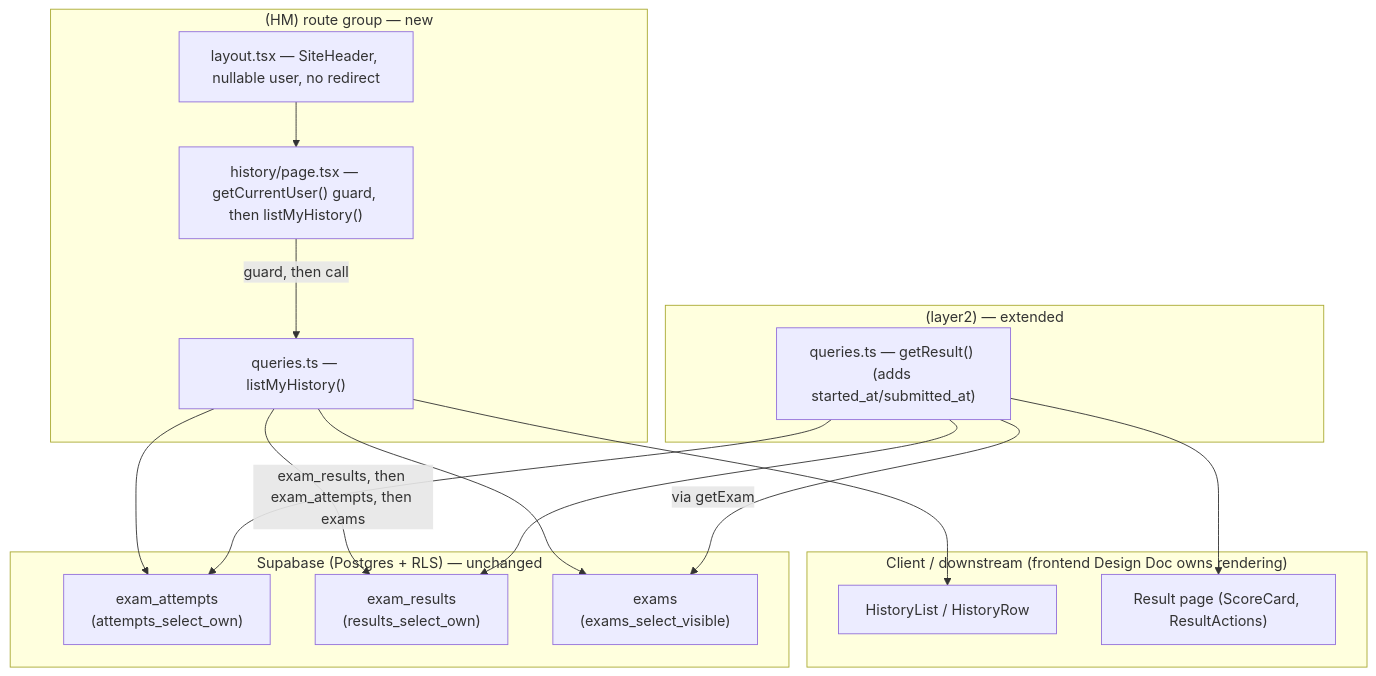
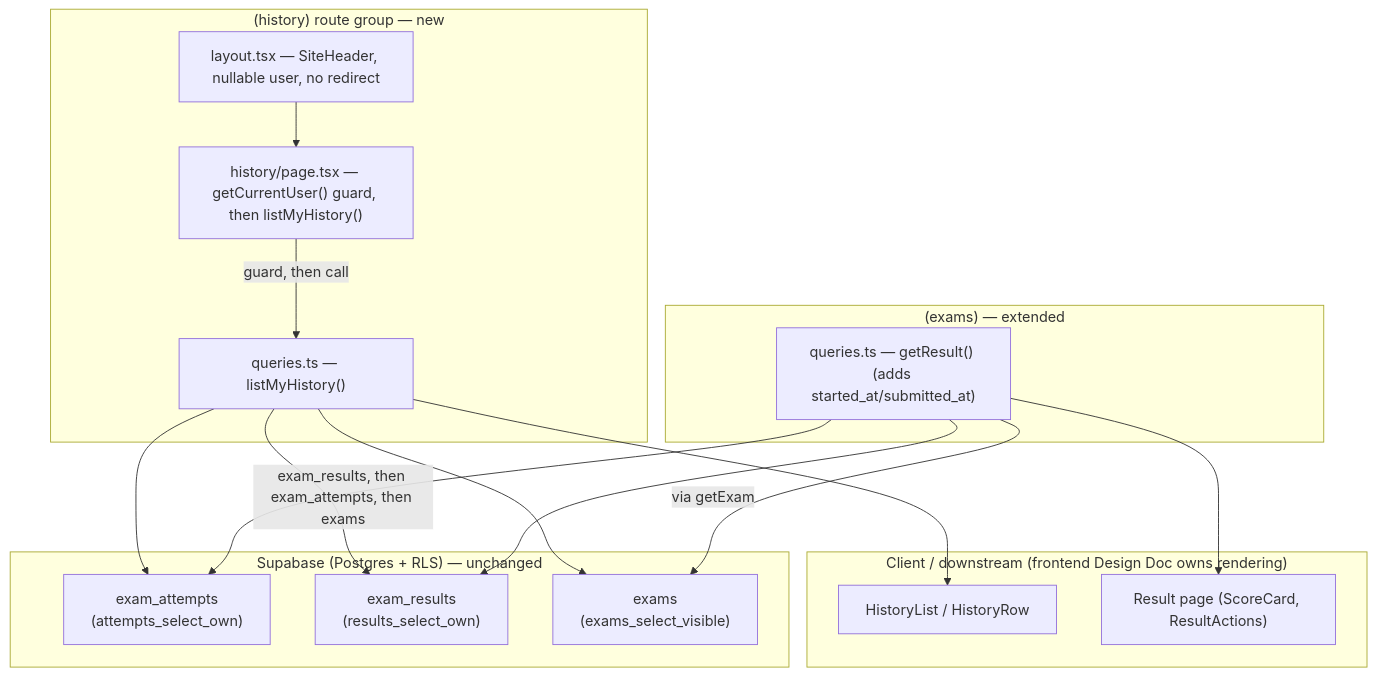
One commit to undetecteddeveloper/MS-MOLAR changed the first of 2 diagrams in docs/design/history-backend-design.md. Above: the diagram before and after it, drawn with Mermaid. The commit also changed other lines of this file and 142 other files, not shown here.

First line of the commit message:
docs: doi ten route group + duong dan file trong 143 tai lieu (B3)

````diff
--- a/docs/design/history-backend-design.md
+++ b/docs/design/history-backend-design.md
@@ -483,30 +483,30 @@
 ```mermaid
 flowchart TB
     subgraph Client["Client / downstream (frontend Design Doc owns rendering)"]
         HL["HistoryList / HistoryRow"]
         RP["Result page (ScoreCard, ResultActions)"]
     end
-    subgraph HM["(HM) route group — new"]
+    subgraph HM["(history) route group — new"]
         LAY["layout.tsx — SiteHeader, nullable user, no redirect"]
         PG["history/page.tsx — getCurrentUser() guard, then listMyHistory()"]
         Q["queries.ts — listMyHistory()"]
     end
-    subgraph L2["(layer2) — extended"]
+    subgraph L2["(exams) — extended"]
         GR["queries.ts — getResult() (adds started_at/submitted_at)"]
     end
     subgraph DB["Supabase (Postgres + RLS) — unchanged"]
         ATT["exam_attempts\n(attempts_select_own)"]
         RES["exam_results\n(results_select_own)"]
         EX["exams\n(exams_select_visible)"]
     end
     PG -->|guard, then call| Q
     Q --> HL
     Q -->|exam_results, then exam_attempts, then exams| RES
     Q --> ATT
     Q --> EX
     GR --> RP
     GR --> ATT
     GR --> RES
     GR -->|via getExam| EX
     LAY --> PG
 ```
````
